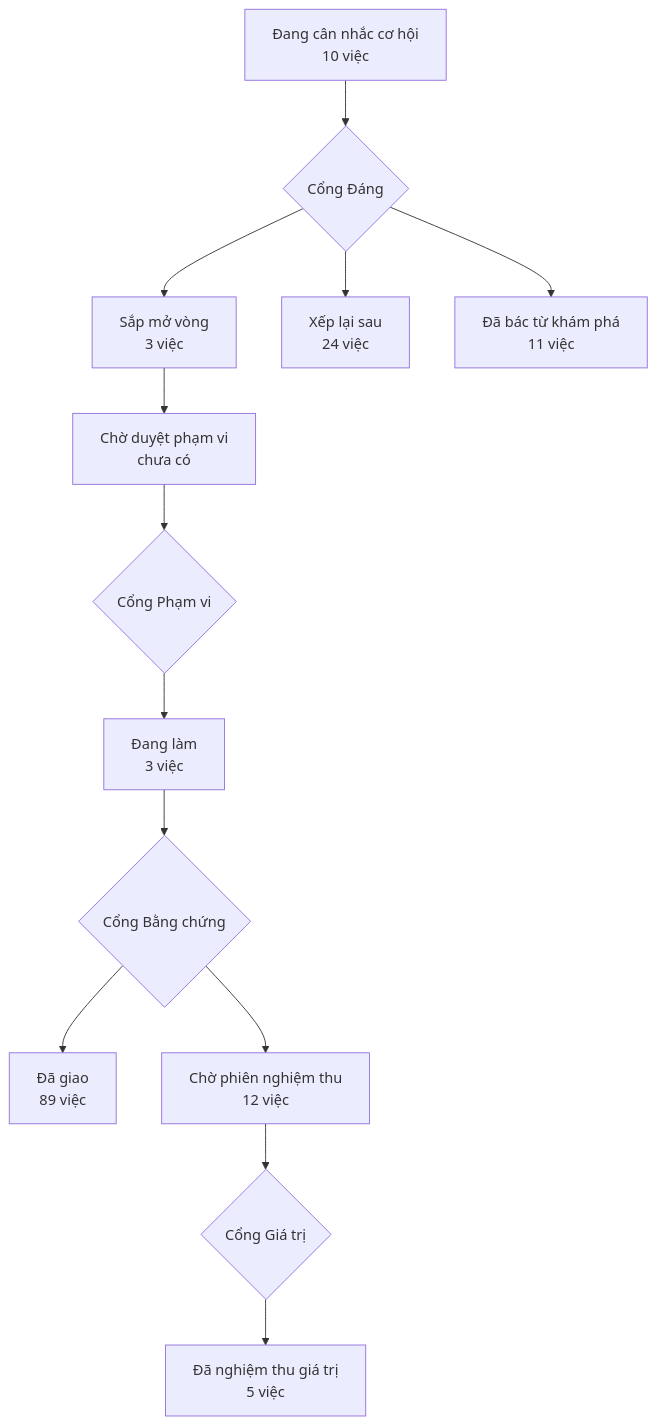
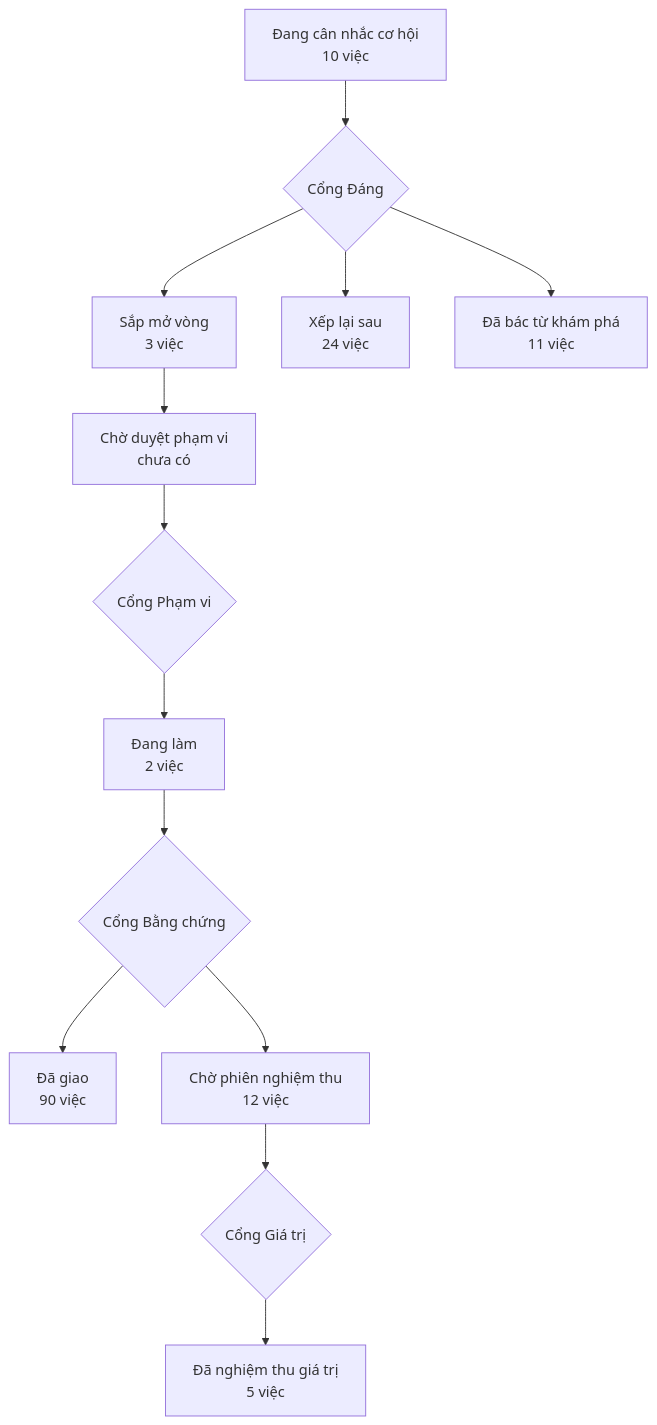
Before and after one commit to phanlemanh/acceptance-gate-kit: the diagram in PRODUCT-MAP.md, drawn with Mermaid. The commit also changed 5 other files, not shown here.

````diff
--- a/PRODUCT-MAP.md
+++ b/PRODUCT-MAP.md
@@ -6,12 +6,12 @@
 ```mermaid
 flowchart TD
   A["Đang cân nhắc cơ hội<br/>10 việc"] --> GD{"Cổng Đáng"}
   GD --> B["Sắp mở vòng<br/>3 việc"]
   GD --> XL["Xếp lại sau<br/>24 việc"]
   GD --> DB["Đã bác từ khám phá<br/>11 việc"]
   B --> CD["Chờ duyệt phạm vi<br/>chưa có"] --> GP{"Cổng Phạm vi"}
-  GP --> DL["Đang làm<br/>3 việc"] --> GB{"Cổng Bằng chứng"}
-  GB --> DG["Đã giao<br/>89 việc"]
+  GP --> DL["Đang làm<br/>2 việc"] --> GB{"Cổng Bằng chứng"}
+  GB --> DG["Đã giao<br/>90 việc"]
   GB --> CN["Chờ phiên nghiệm thu<br/>12 việc"] --> GG{"Cổng Giá trị"}
   GG --> NT["Đã nghiệm thu giá trị<br/>5 việc"]
 ```
````
